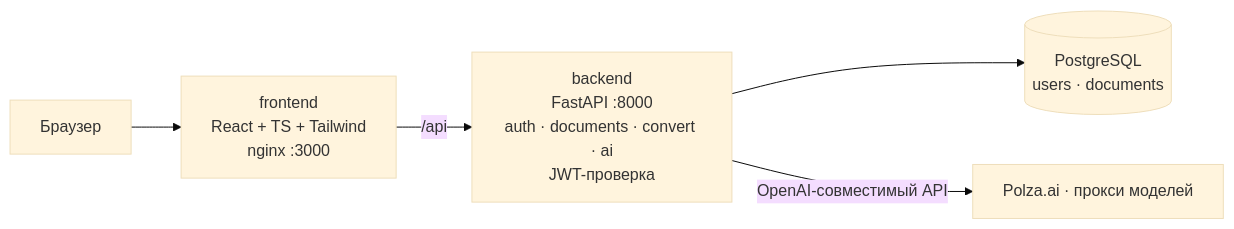
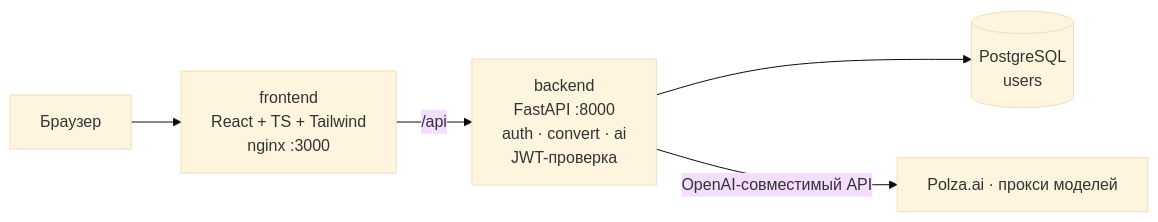
Before and after one commit to alexdarenkov/CourseWorkMaker: the diagram in README.md, drawn with Mermaid (base theme). The commit also changed other lines of this file and 71 other files, not shown here.

````diff
--- a/README.md
+++ b/README.md
@@ -88,7 +88,7 @@
 ```mermaid
 flowchart LR
   U[Браузер] --> F[frontend<br/>React + TS + Tailwind<br/>nginx :3000]
-  F -->|/api| B[backend<br/>FastAPI :8000<br/>auth · documents · convert · ai<br/>JWT-проверка]
-  B --> P[(PostgreSQL<br/>users · documents)]
+  F -->|/api| B[backend<br/>FastAPI :8000<br/>auth · convert · ai<br/>JWT-проверка]
+  B --> P[(PostgreSQL<br/>users)]
   B -->|OpenAI-совместимый API| K[Polza.ai · прокси моделей]
 ```
````
